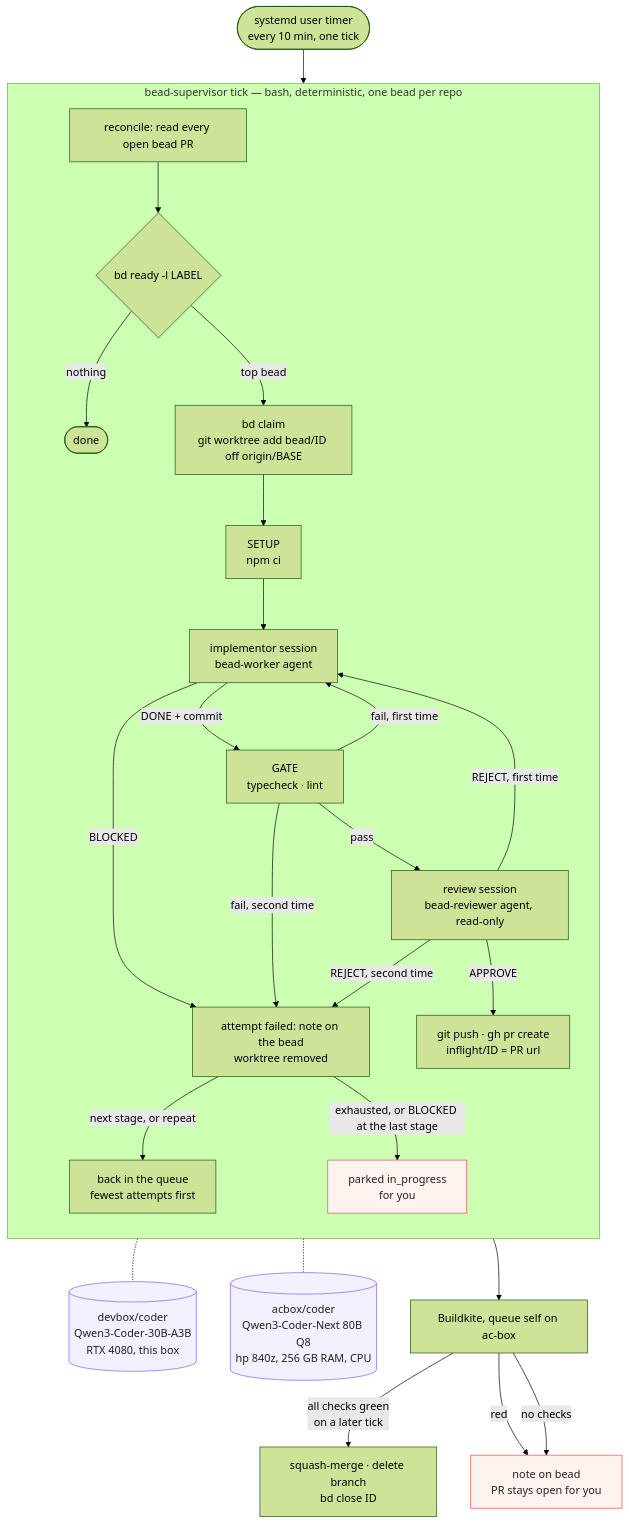
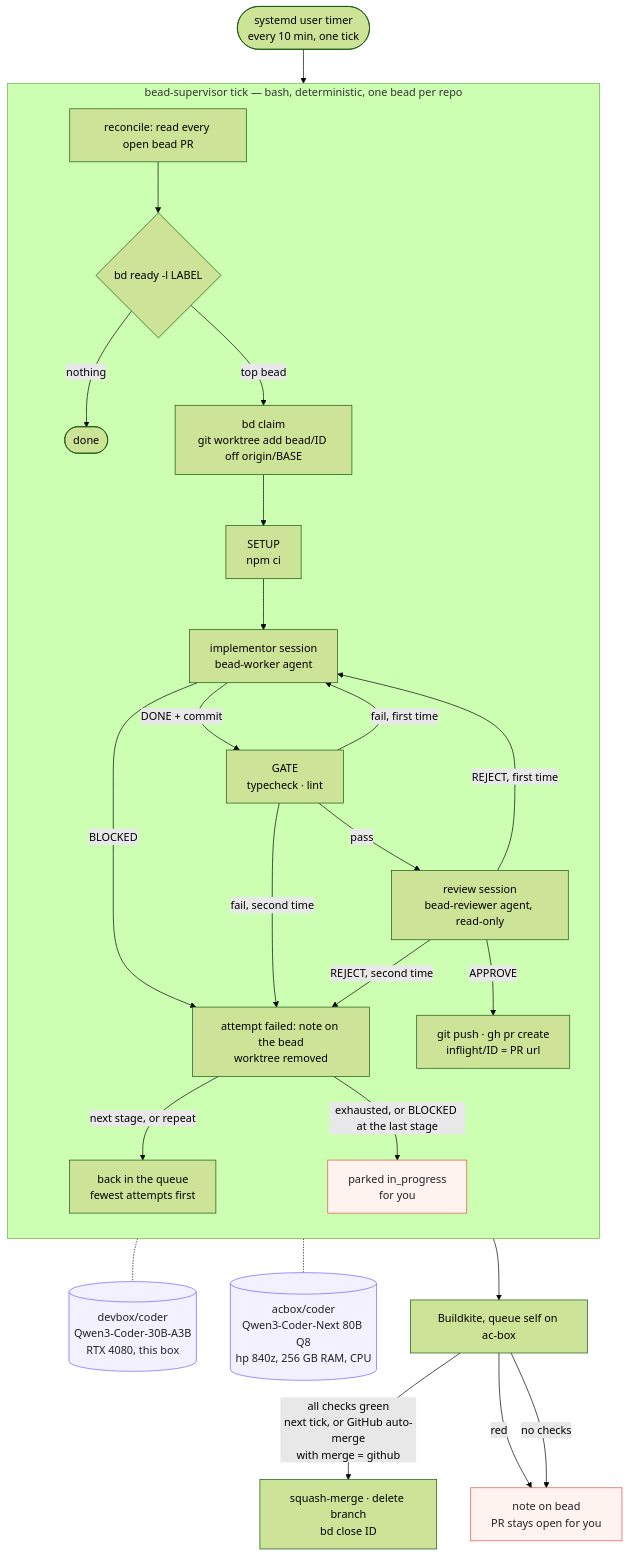
Before and after one commit to imkarrer/bead-loop: the diagram in docs/loop.mmd, drawn with Mermaid (forest theme). The commit also changed 5 other files, not shown here.

First line of the commit message:
merge = "github": arm GitHub auto-merge when the PR opens, so green lands without a tick

```diff
--- a/docs/loop.mmd
+++ b/docs/loop.mmd
@@ -1,34 +1,34 @@
 flowchart TD
   T([systemd user timer<br/>every 10 min, one tick]) --> R
 
   subgraph tick [bead-supervisor tick — bash, deterministic, one bead per repo]
     direction TB
     R[reconcile: read every open bead PR] --> P{bd ready -l LABEL}
     P -- nothing --> Z([done])
     P -- top bead --> C[bd claim<br/>git worktree add bead/ID off origin/BASE]
     C --> U[SETUP<br/>npm ci]
     U --> W[implementor session<br/>bead-worker agent]
     W -- DONE + commit --> G[GATE<br/>typecheck · lint]
     W -- BLOCKED --> F
     G -- fail, first time --> W
     G -- fail, second time --> F
     G -- pass --> V[review session<br/>bead-reviewer agent, read-only]
     V -- REJECT, first time --> W
     V -- REJECT, second time --> F[attempt failed: note on the bead<br/>worktree removed]
     F -- next stage, or repeat --> Q[back in the queue<br/>fewest attempts first]
     F -- exhausted, or BLOCKED at the last stage --> H[parked in_progress<br/>for you]
     V -- APPROVE --> PR[git push · gh pr create<br/>inflight/ID = PR url]
   end
 
   W -.- GPU[(devbox/coder<br/>Qwen3-Coder-30B-A3B<br/>RTX 4080, this box)]
   V -.- CPU[(acbox/coder<br/>Qwen3-Coder-Next 80B Q8<br/>hp 840z, 256 GB RAM, CPU)]
 
   PR --> CI[Buildkite, queue self on ac-box]
-  CI -- all checks green<br/>on a later tick --> M[squash-merge · delete branch<br/>bd close ID]
+  CI -- all checks green<br/>next tick, or GitHub auto-merge<br/>with merge = github --> M[squash-merge · delete branch<br/>bd close ID]
   CI -- red --> N[note on bead<br/>PR stays open for you]
   CI -- no checks --> N
 
   classDef model fill:#f3f0ff,stroke:#7c5cff,color:#222
   classDef stop fill:#fff3f0,stroke:#e0503c,color:#222
   class GPU,CPU model
   class H,N stop
```
